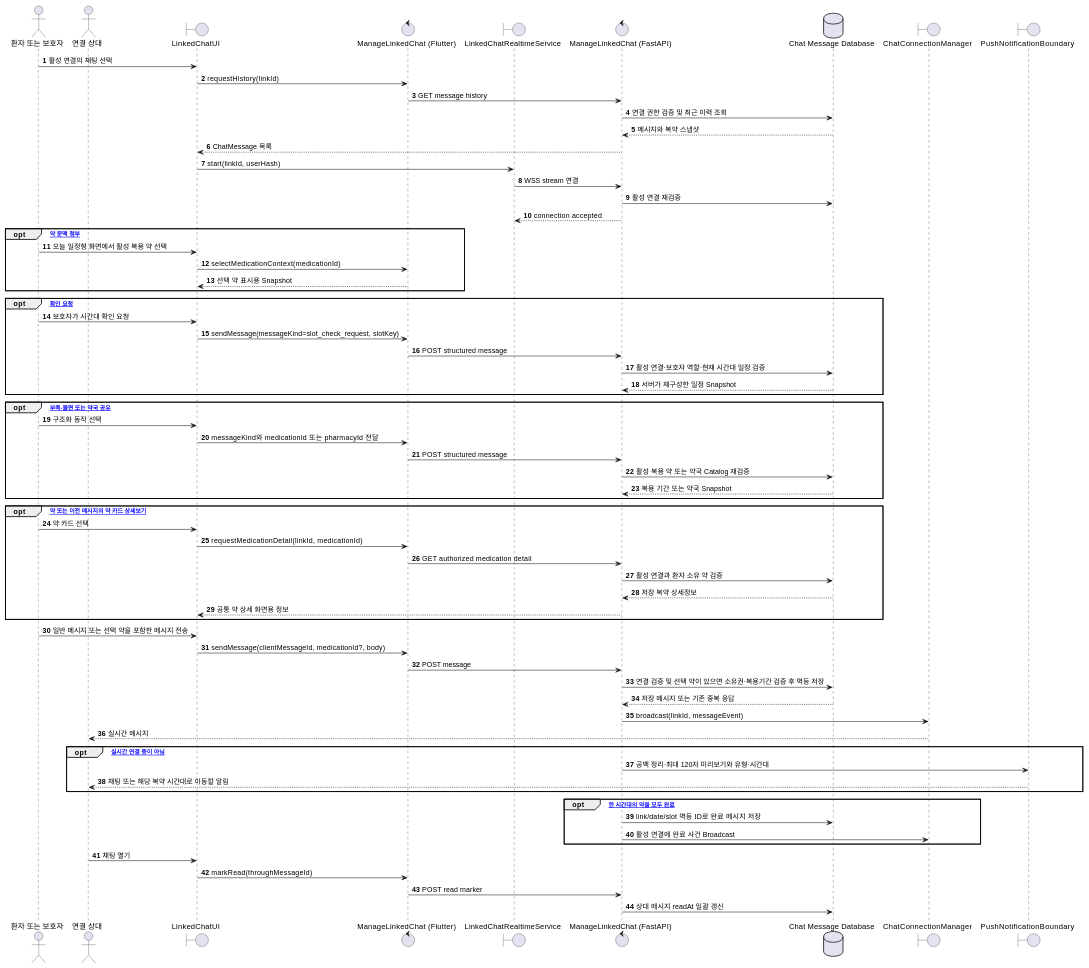
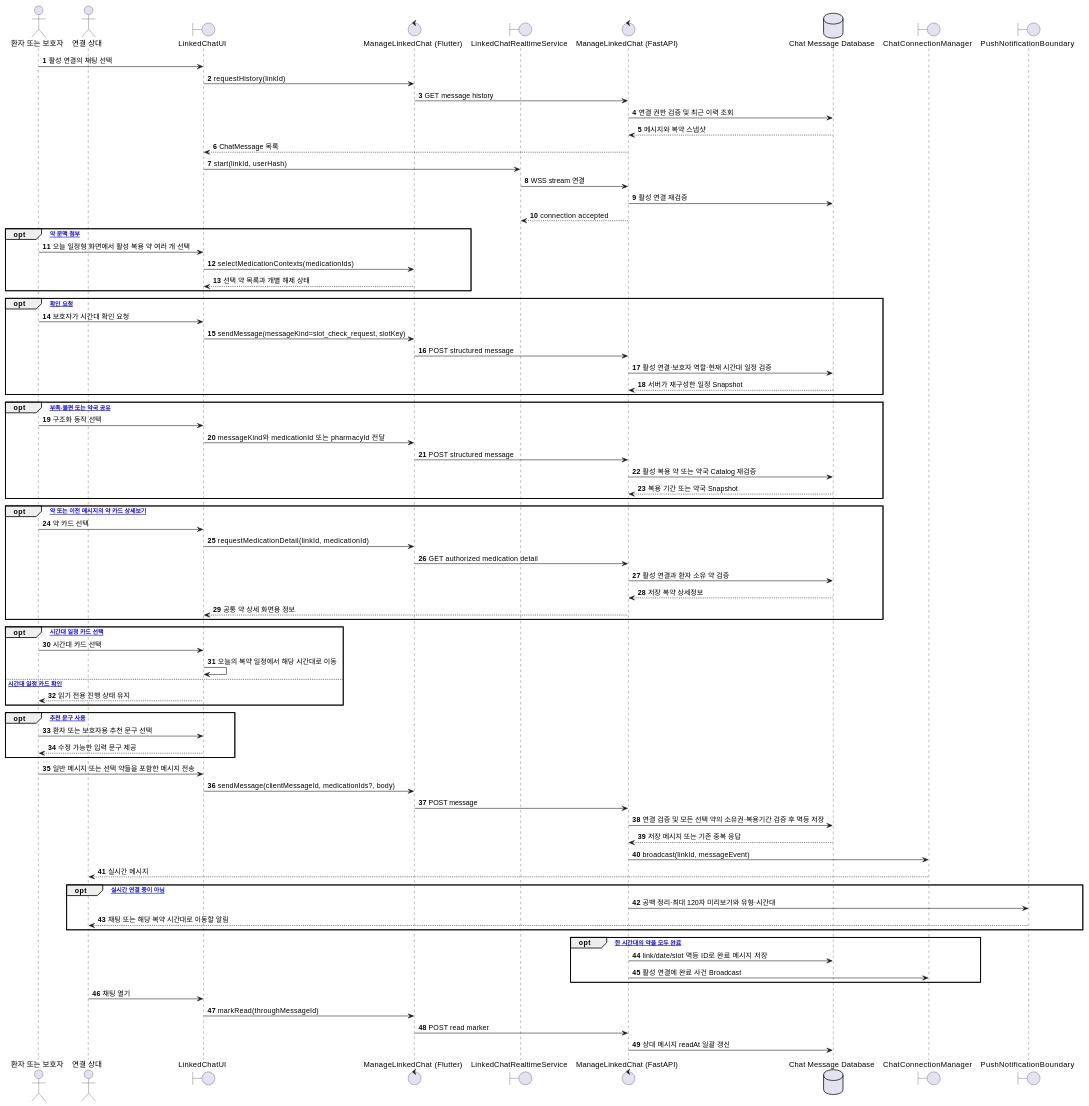
The tenth of 10 diagrams in docs/MedBuddy - Sequence Diagrams.md (1window2/MedBuddy), drawn with PlantUML before and after one commit. The commit also changed 10 other files, not shown here.

````diff
--- a/docs/MedBuddy - Sequence Diagrams.md
+++ b/docs/MedBuddy - Sequence Diagrams.md
@@ -1168,72 +1168,82 @@
 ```plantuml
 @startuml SD10_Linked_Medication_Chat
 autonumber
 actor "환자 또는 보호자" as User
 actor "연결 상대" as Peer
 boundary "LinkedChatUI" as UI
 control "ManageLinkedChat (Flutter)" as FE
 boundary "LinkedChatRealtimeService" as Realtime
 control "ManageLinkedChat (FastAPI)" as BE
 database "Chat Message Database" as DB
 boundary "ChatConnectionManager" as Connections
 boundary "PushNotificationBoundary" as Push
 
 User -> UI : 활성 연결의 채팅 선택
 UI -> FE : requestHistory(linkId)
 FE -> BE : GET message history
 BE -> DB : 연결 권한 검증 및 최근 이력 조회
 DB --> BE : 메시지와 복약 스냅샷
 BE --> UI : ChatMessage 목록
 UI -> Realtime : start(linkId, userHash)
 Realtime -> BE : WSS stream 연결
 BE -> DB : 활성 연결 재검증
 BE --> Realtime : connection accepted
 
 opt [메시지에 약 문맥 첨부]
-  User -> UI : 오늘 일정형 화면에서 활성 복용 약 선택
-  UI -> FE : selectMedicationContext(medicationId)
-  FE --> UI : 선택 약 표시용 Snapshot
+  User -> UI : 오늘 일정형 화면에서 활성 복용 약 여러 개 선택
+  UI -> FE : selectMedicationContexts(medicationIds)
+  FE --> UI : 선택 약 목록과 개별 해제 상태
 end
 opt [시간대별 확인 요청]
   User -> UI : 보호자가 시간대 확인 요청
   UI -> FE : sendMessage(messageKind=slot_check_request, slotKey)
   FE -> BE : POST structured message
   BE -> DB : 활성 연결·보호자 역할·현재 시간대 일정 검증
   DB --> BE : 서버가 재구성한 일정 Snapshot
 end
 opt [약 부족·불편 또는 약국 공유]
   User -> UI : 구조화 동작 선택
   UI -> FE : messageKind와 medicationId 또는 pharmacyId 전달
   FE -> BE : POST structured message
   BE -> DB : 활성 복용 약 또는 약국 Catalog 재검증
   DB --> BE : 복용 기간 또는 약국 Snapshot
 end
 opt [선택 약 또는 이전 메시지의 약 카드 상세보기]
   User -> UI : 약 카드 선택
   UI -> FE : requestMedicationDetail(linkId, medicationId)
   FE -> BE : GET authorized medication detail
   BE -> DB : 활성 연결과 환자 소유 약 검증
   DB --> BE : 저장 복약 상세정보
   BE --> UI : 공통 약 상세 화면용 정보
 end
-User -> UI : 일반 메시지 또는 선택 약을 포함한 메시지 전송
-UI -> FE : sendMessage(clientMessageId, medicationId?, body)
+opt [환자가 시간대 일정 카드 선택]
+  User -> UI : 시간대 카드 선택
+  UI -> UI : 오늘의 복약 일정에서 해당 시간대로 이동
+else [보호자가 시간대 일정 카드 확인]
+  UI --> User : 읽기 전용 진행 상태 유지
+end
+opt [역할별 추천 문구 사용]
+  User -> UI : 환자 또는 보호자용 추천 문구 선택
+  UI --> User : 수정 가능한 입력 문구 제공
+end
+User -> UI : 일반 메시지 또는 선택 약들을 포함한 메시지 전송
+UI -> FE : sendMessage(clientMessageId, medicationIds?, body)
 FE -> BE : POST message
-BE -> DB : 연결 검증 및 선택 약이 있으면 소유권·복용기간 검증 후 멱등 저장
+BE -> DB : 연결 검증 및 모든 선택 약의 소유권·복용기간 검증 후 멱등 저장
 DB --> BE : 저장 메시지 또는 기존 중복 응답
 BE -> Connections : broadcast(linkId, messageEvent)
 Connections --> Peer : 실시간 메시지
 opt [상대가 실시간 연결 중이 아님]
   BE -> Push : 공백 정리·최대 120자 미리보기와 유형·시간대
   Push --> Peer : 채팅 또는 해당 복약 시간대로 이동할 알림
 end
 opt [환자가 한 시간대의 약을 모두 완료]
   BE -> DB : link/date/slot 멱등 ID로 완료 메시지 저장
   BE -> Connections : 활성 연결에 완료 사건 Broadcast
 end
 Peer -> UI : 채팅 열기
 UI -> FE : markRead(throughMessageId)
 FE -> BE : POST read marker
 BE -> DB : 상대 메시지 readAt 일괄 갱신
 @enduml
 ```
````
